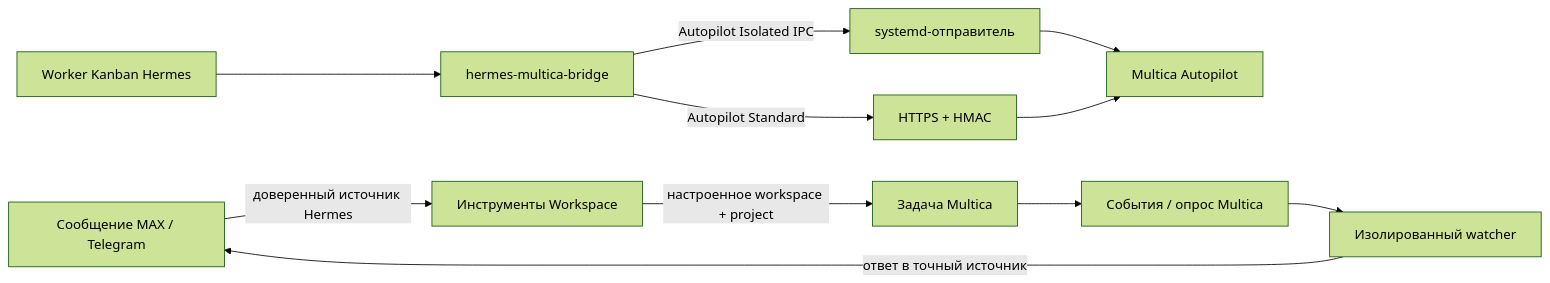
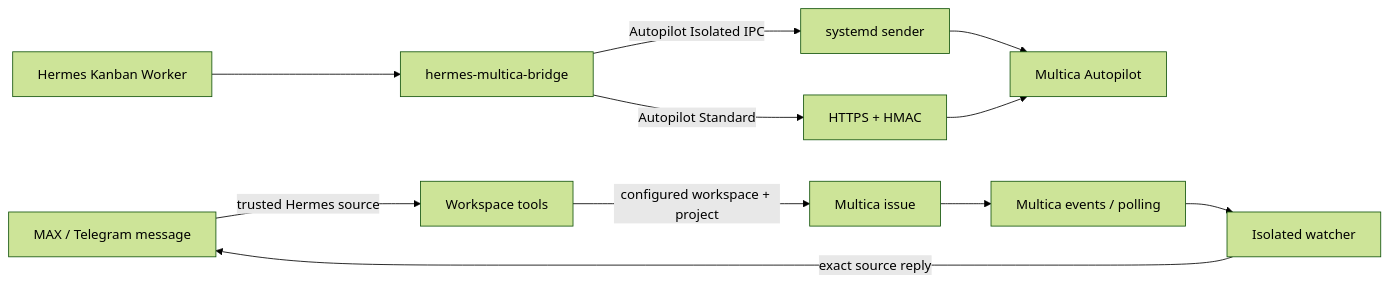
Before and after one commit to teknokomo/hermes-multica-bridge: the diagram in README-RU.md, drawn with Mermaid (forest theme). The commit also changed other lines of this file and 1 other file, not shown here.

Commit message:
docs: align English and Russian READMEs
Fixes found by a section-by-section comparison:
- RU: keep technical tokens identical to EN in code spans (platform,
  r-<route_id_without_hyphens>, readiness) instead of translating them;
- RU: restore the English placeholders in the JSON and bash examples and
  the mermaid labels, so every code block is byte-identical;
- RU: restore 'absolute' in the single monotonic deadline wording;
- EN: mark hermes plugins validate and doctor as commands;
- EN: fix a bullet that ended with a period instead of a semicolon.

Both files stay at 265 lines with 20 sections and 5 identical code blocks.

````diff
--- a/README-RU.md
+++ b/README-RU.md
@@ -50,13 +50,13 @@
 ```mermaid
 flowchart LR
-  K[Worker Kanban Hermes] --> P[hermes-multica-bridge]
+  K[Hermes Kanban Worker] --> P[hermes-multica-bridge]
   P -->|Autopilot Standard| H[HTTPS + HMAC]
-  P -->|Autopilot Isolated IPC| S[systemd-отправитель]
+  P -->|Autopilot Isolated IPC| S[systemd sender]
   S --> M[Multica Autopilot]
   H --> M
-  C[Сообщение MAX / Telegram] -->|доверенный источник Hermes| W[Инструменты Workspace]
-  W -->|настроенное workspace + project| I[Задача Multica]
-  I --> E[События / опрос Multica]
-  E --> X[Изолированный watcher]
-  X -->|ответ в точный источник| C
+  C[MAX / Telegram message] -->|trusted Hermes source| W[Workspace tools]
+  W -->|configured workspace + project| I[Multica issue]
+  I --> E[Multica events / polling]
+  E --> X[Isolated watcher]
+  X -->|exact source reply| C
 ```
````
